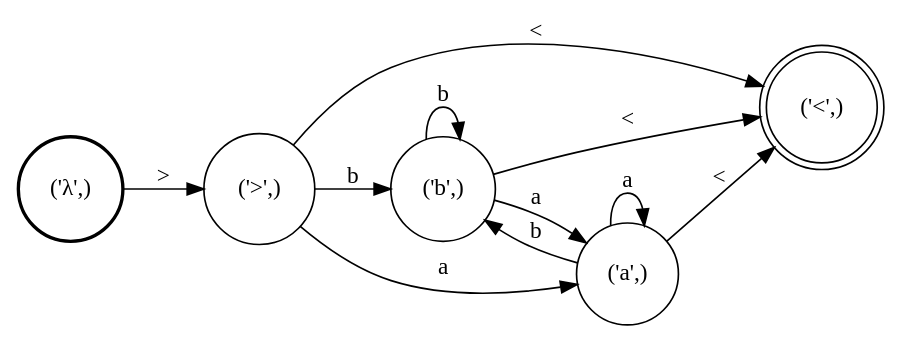
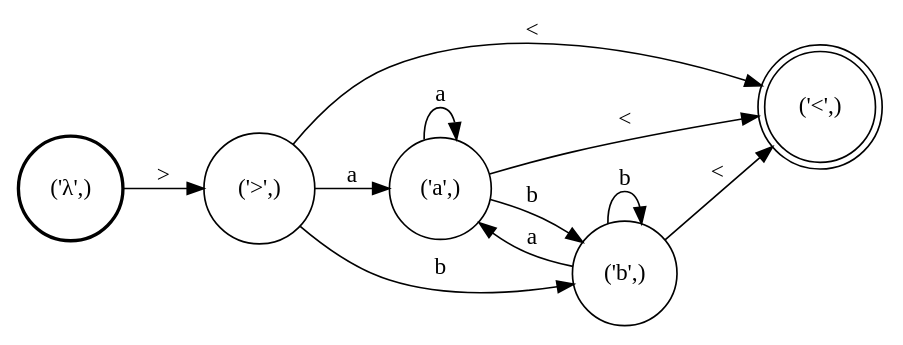
The diagram in demo/nasal_spreading/A_left.dot (colincwilson/statgram), drawn with Graphviz before and after one commit. The commit also changed 7 other files, not shown here.

```diff
--- a/demo/nasal_spreading/A_left.dot
+++ b/demo/nasal_spreading/A_left.dot
@@ -1,19 +1,19 @@
 digraph G {
 rankdir=LR;
 node [shape=circle]
 0 [shape=doublecircle label="('<',)"]
-1 [label="('b',)"]
+1 [label="('a',)"]
 2 [style=bold label="('λ',)"]
-3 [label="('>',)"]
-4 [label="('a',)"]
-1 -> 1 [label="b"]
-3 -> 1 [label="b"]
-4 -> 4 [label="a"]
+3 [label="('b',)"]
+4 [label="('>',)"]
+1 -> 3 [label="b"]
+4 -> 3 [label="b"]
+4 -> 0 [label="<"]
+3 -> 3 [label="b"]
+4 -> 1 [label="a"]
 1 -> 0 [label="<"]
-2 -> 3 [label=">"]
-4 -> 1 [label="b"]
-1 -> 4 [label="a"]
-3 -> 4 [label="a"]
-4 -> 0 [label="<"]
 3 -> 0 [label="<"]
+3 -> 1 [label="a"]
+1 -> 1 [label="a"]
+2 -> 4 [label=">"]
 }
```
